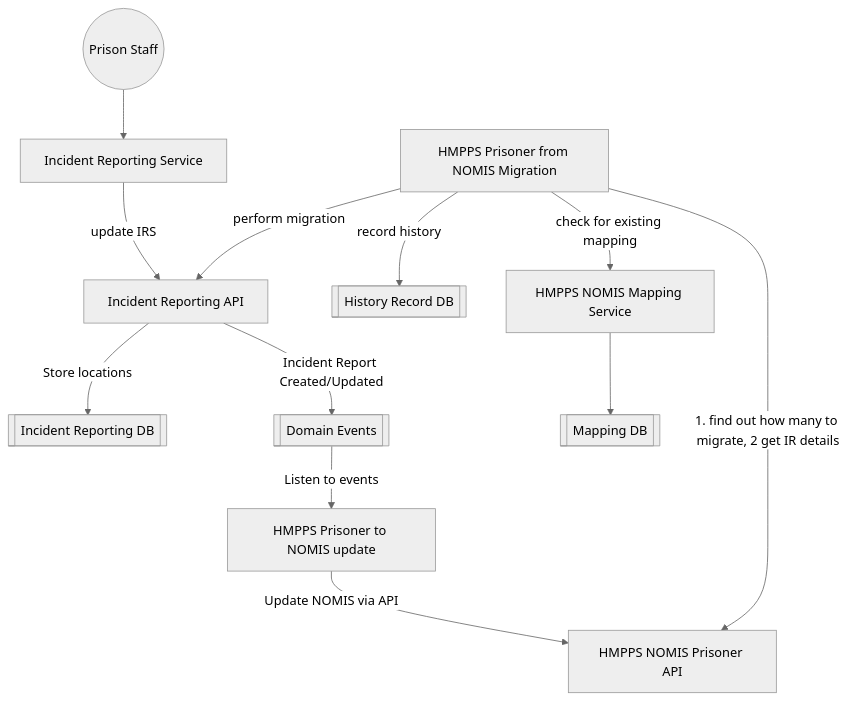
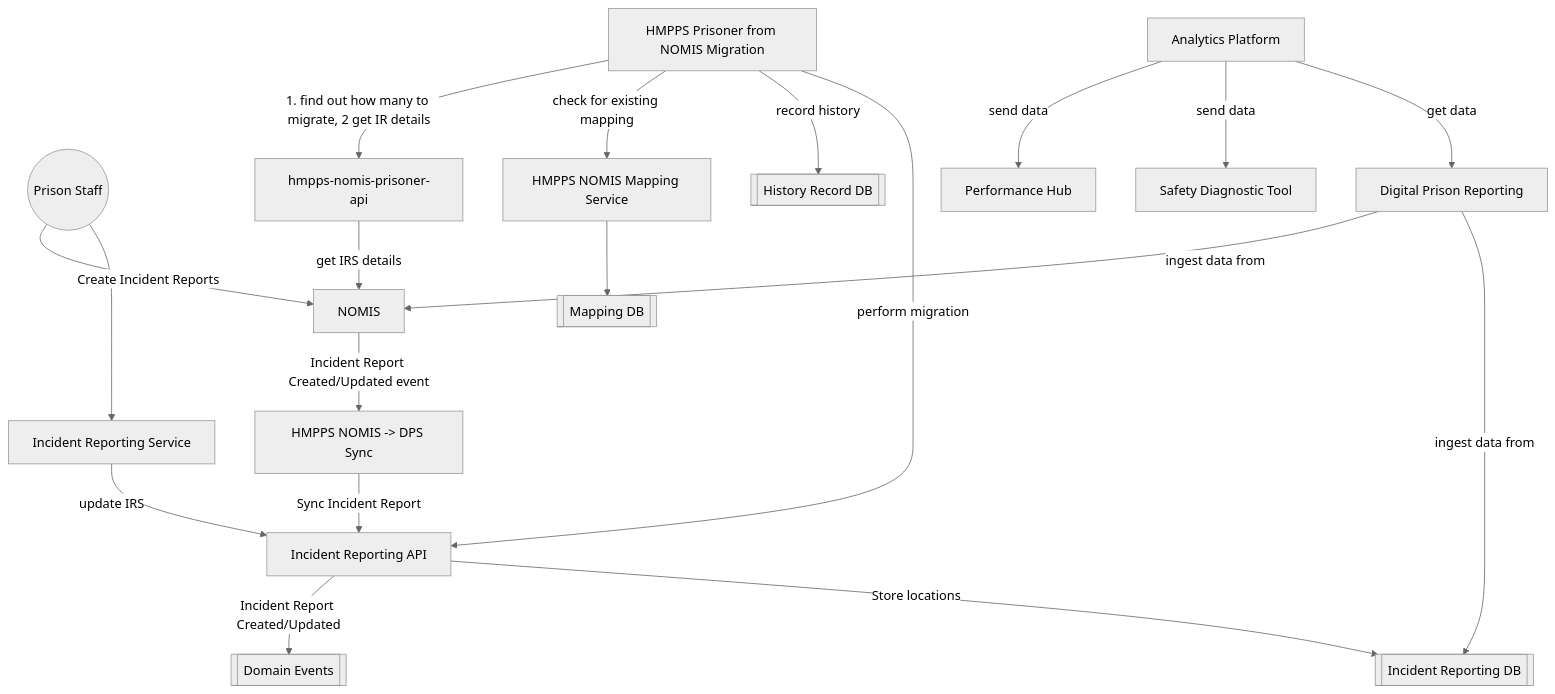
Before and after one commit to ministryofjustice/hmpps-incident-reporting-api: the diagram in docs/0003-migration.md, drawn with Mermaid (neutral theme). The commit also changed other lines of this file, not shown here.

Commit message:
IR-120 Update documentation for NOMIS data migration
This update clarifies the migration process for incident reporting data from NOMIS to the new service. Changes primarily involve access permissions and searchable read-only status for migrated data. Additionally, this revision includes a revised flowchart detailing key components and their interactions with incident reporting data.

````diff
--- a/docs/0003-migration.md
+++ b/docs/0003-migration.md
@@ -58,16 +58,23 @@
 ```mermaid
     
 graph TB
-    X((Prison Staff)) --> A
-    A[Incident Reporting Service] -- update IRS --> B
-    B[Incident Reporting API] -- Store locations --> D[[Incident Reporting DB]]
-    B -- Incident Report Created/Updated --> C[[Domain Events]]
-    C -- Listen to events --> E[HMPPS Prisoner to NOMIS update]
-    E -- Update NOMIS via API --> F[HMPPS NOMIS Prisoner API]
-
-    R[HMPPS Prisoner from NOMIS Migration] -- perform migration --> B
+    X((Prison Staff)) --> IRS
+    IRS[Incident Reporting Service] -- update IRS --> IRSAPI
+    IRSAPI[Incident Reporting API] -- Store locations --> IRSDB[[Incident Reporting DB]]
+    IRSAPI -- Incident Report Created/Updated --> DOM_EVT[[Domain Events]]
+    X -- Create Incident Reports --> NOMIS[NOMIS]
+    NOMIS -- Incident Report Created/Updated event--> E[HMPPS NOMIS -> DPS Sync]
+    E -- Sync Incident Report --> IRSAPI
+    F[hmpps-nomis-prisoner-api] -- get IRS details --> NOMIS
+    R[HMPPS Prisoner from NOMIS Migration] -- perform migration --> IRSAPI
     R -- record history --> H[[History Record DB]]
     K[HMPPS NOMIS Mapping Service] --> Q[[Mapping DB]]
     R -- check for existing mapping --> K
     R -- 1. find out how many to migrate, 2 get IR details --> F
+    AP[Analytics Platform] -- get data --> DPR[Digital Prison Reporting]
+    AP -- send data --> SDT[Safety Diagnostic Tool]
+    AP -- send data --> PH[Performance Hub]
+    DPR -- ingest data from --> IRSDB
+    DPR -- ingest data from --> NOMIS
+    
 ```
````
